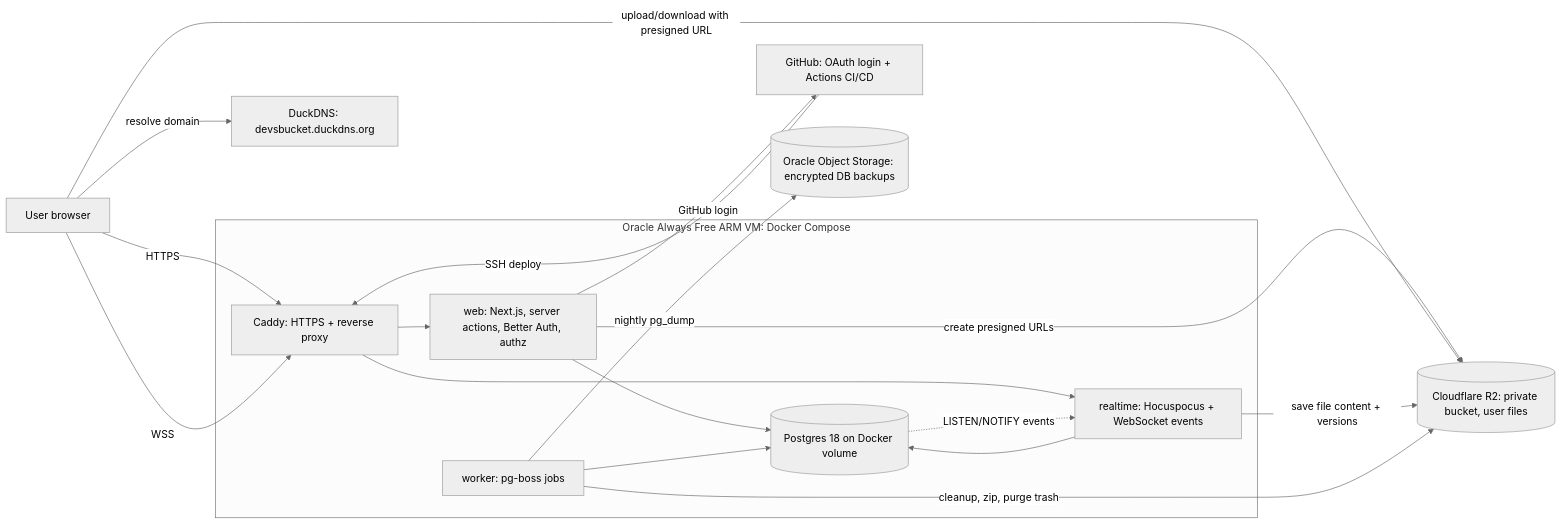
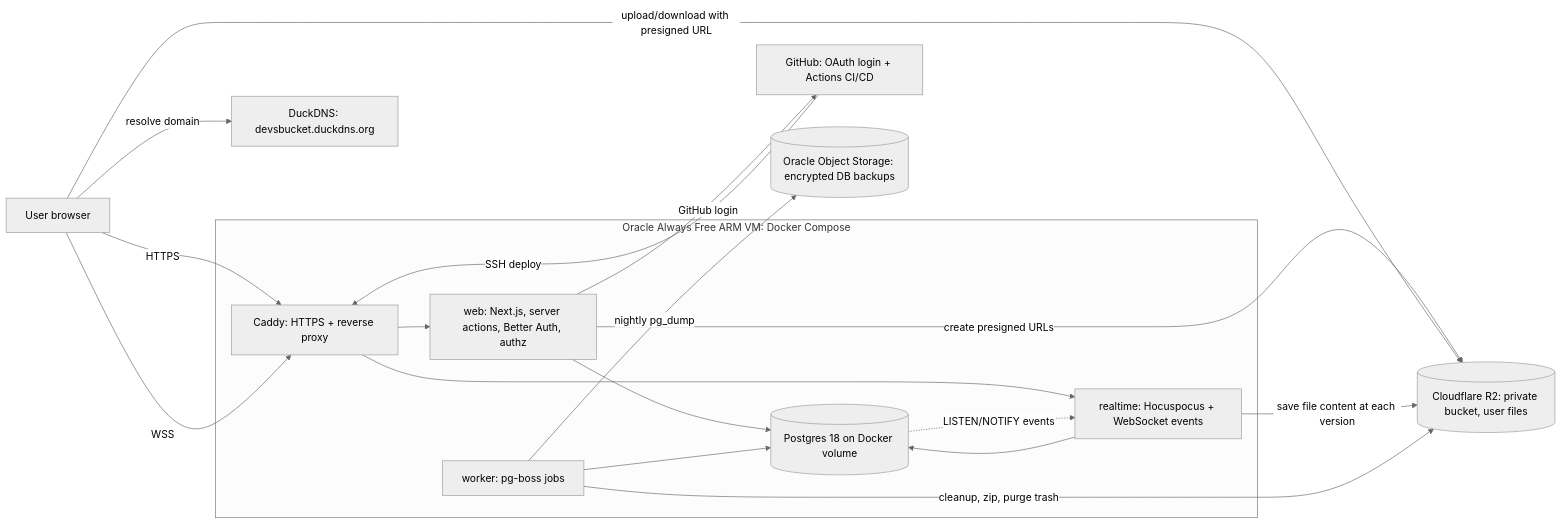
Before and after one commit to Jitesh2Git/devsbucket: the third of 11 diagrams in docs/diagrams.md, drawn with Mermaid (neutral theme). The commit also changed other lines of this file and 4 other files, not shown here.

````diff
--- a/docs/diagrams.md
+++ b/docs/diagrams.md
@@ -61,31 +61,31 @@
 ```mermaid
 flowchart LR
   user["User browser"]
   dns["DuckDNS: devsbucket.duckdns.org"]
   gh["GitHub: OAuth login + Actions CI/CD"]
   subgraph vm["Oracle Always Free ARM VM: Docker Compose"]
     caddy["Caddy: HTTPS + reverse proxy"]
     web["web: Next.js, server actions, Better Auth, authz"]
     rt["realtime: Hocuspocus + WebSocket events"]
     worker["worker: pg-boss jobs"]
     pg[("Postgres 18 on Docker volume")]
   end
   r2[("Cloudflare R2: private bucket, user files")]
   oos[("Oracle Object Storage: encrypted DB backups")]
   user -->|"resolve domain"| dns
   user -->|"HTTPS"| caddy
   user -->|"WSS"| caddy
   caddy --> web
   caddy --> rt
   web --> pg
   rt --> pg
   worker --> pg
   pg -.->|"LISTEN/NOTIFY events"| rt
   web -->|"create presigned URLs"| r2
   user -->|"upload/download with presigned URL"| r2
-  rt -->|"save file content + versions"| r2
+  rt -->|"save file content at each version"| r2
   worker -->|"cleanup, zip, purge trash"| r2
   worker -->|"nightly pg_dump"| oos
   web -->|"GitHub login"| gh
   gh -->|"SSH deploy"| caddy
 ```
````
